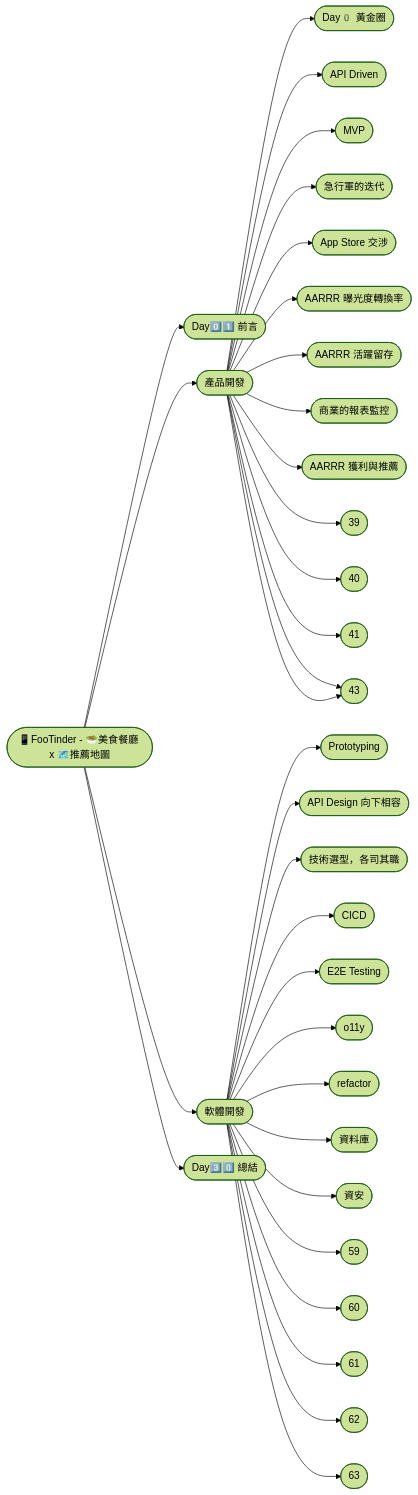
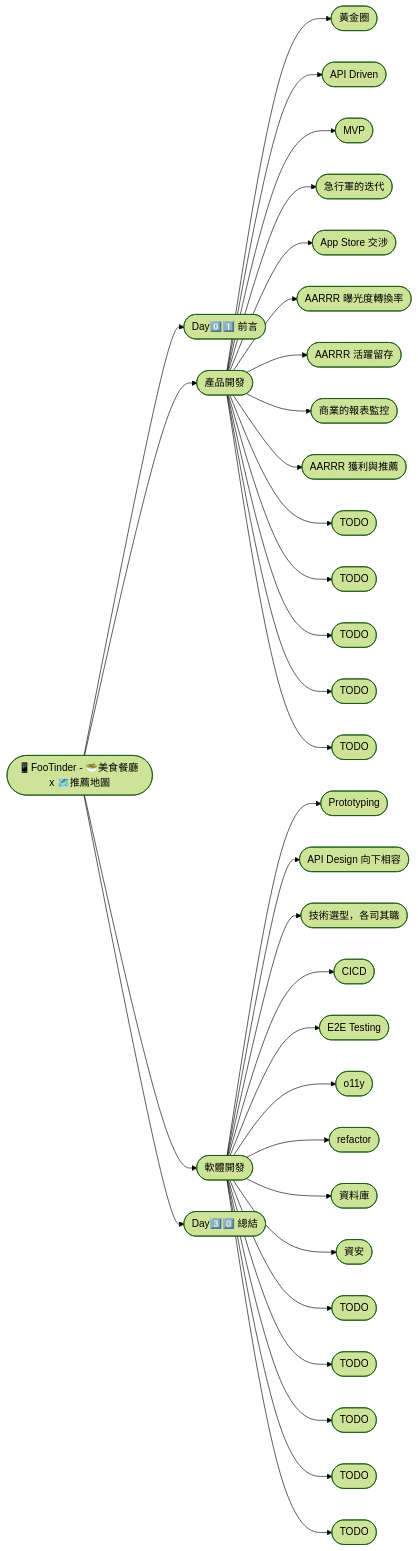
Before and after one commit to PureFuncInc/FooTinder-iThome-2023: the diagram in README.md, drawn with Mermaid (forest theme).

Commit message:
🆒 Update README.md

````diff
--- a/README.md
+++ b/README.md
@@ -4,35 +4,35 @@
 ```mermaid
 graph LR;
-id1(["📱FooTinder - 🥗美食餐廳 x 🗺️推薦地圖"])-->id2(["Day0️⃣1️⃣ 前言"]);
-id1(["📱FooTinder - 🥗美食餐廳 x 🗺️推薦地圖"])-->id3(["產品開發"]);
-id3(["產品開發"])-->id30(["Day0️ 黃金圈"])
-id3(["產品開發"])-->id31(["API Driven"])
-id3(["產品開發"])-->id32(["MVP"])
-id3(["產品開發"])-->id33(["急行軍的迭代"])
-id3(["產品開發"])-->id34(["App Store 交涉"])
-id3(["產品開發"])-->id35(["AARRR 曝光度轉換率"])
-id3(["產品開發"])-->id36(["AARRR 活躍留存"])
-id3(["產品開發"])-->id37(["商業的報表監控"])
-id3(["產品開發"])-->id38(["AARRR 獲利與推薦"])
-id3(["產品開發"])-->id39(["39"])
-id3(["產品開發"])-->id40(["40"])
-id3(["產品開發"])-->id41(["41"])
-id3(["產品開發"])-->id42(["42"])
-id3(["產品開發"])-->id42(["43"])
-id1(["📱FooTinder - 🥗美食餐廳 x 🗺️推薦地圖"])-->id5(["軟體開發"]);
-id5(["軟體開發"])-->id50(["Prototyping"])
-id5(["軟體開發"])-->id51(["API Design 向下相容"])
-id5(["軟體開發"])-->id52(["技術選型，各司其職"])
-id5(["軟體開發"])-->id53(["CICD"])
-id5(["軟體開發"])-->id54(["E2E Testing"])
-id5(["軟體開發"])-->id55(["o11y"])
-id5(["軟體開發"])-->id56(["refactor"])
-id5(["軟體開發"])-->id57(["資料庫"])
-id5(["軟體開發"])-->id58(["資安"])
-id5(["軟體開發"])-->id59(["59"])
-id5(["軟體開發"])-->id60(["60"])
-id5(["軟體開發"])-->id61(["61"])
-id5(["軟體開發"])-->id62(["62"])
-id5(["軟體開發"])-->id63(["63"])
-id1(["📱FooTinder - 🥗美食餐廳 x 🗺️推薦地圖"])-->id99(["Day3️⃣0️⃣ 總結"]);
+id0(["📱FooTinder - 🥗美食餐廳 x 🗺️推薦地圖"])-->id1(["Day0️⃣1️⃣ 前言"]);
+id0(["📱FooTinder - 🥗美食餐廳 x 🗺️推薦地圖"])-->id200(["產品開發"]);
+id200(["產品開發"])-->id2(["黃金圈"])
+id200(["產品開發"])-->id4(["API Driven"])
+id200(["產品開發"])-->id6(["MVP"])
+id200(["產品開發"])-->id8(["急行軍的迭代"])
+id200(["產品開發"])-->id10(["App Store 交涉"])
+id200(["產品開發"])-->id12(["AARRR 曝光度轉換率"])
+id200(["產品開發"])-->id14(["AARRR 活躍留存"])
+id200(["產品開發"])-->id16(["商業的報表監控"])
+id200(["產品開發"])-->id18(["AARRR 獲利與推薦"])
+id200(["產品開發"])-->id20(["TODO"])
+id200(["產品開發"])-->id22(["TODO"])
+id200(["產品開發"])-->id24(["TODO"])
+id200(["產品開發"])-->id26(["TODO"])
+id200(["產品開發"])-->id28(["TODO"])
+id0(["📱FooTinder - 🥗美食餐廳 x 🗺️推薦地圖"])-->id300(["軟體開發"]);
+id300(["軟體開發"])-->id3(["Prototyping"])
+id300(["軟體開發"])-->id5(["API Design 向下相容"])
+id300(["軟體開發"])-->id7(["技術選型，各司其職"])
+id300(["軟體開發"])-->id9(["CICD"])
+id300(["軟體開發"])-->id11(["E2E Testing"])
+id300(["軟體開發"])-->id13(["o11y"])
+id300(["軟體開發"])-->id15(["refactor"])
+id300(["軟體開發"])-->id17(["資料庫"])
+id300(["軟體開發"])-->id19(["資安"])
+id300(["軟體開發"])-->id21(["TODO"])
+id300(["軟體開發"])-->id23(["TODO"])
+id300(["軟體開發"])-->id25(["TODO"])
+id300(["軟體開發"])-->id27(["TODO"])
+id300(["軟體開發"])-->id29(["TODO"])
+id0(["📱FooTinder - 🥗美食餐廳 x 🗺️推薦地圖"])-->id30(["Day3️⃣0️⃣ 總結"]);
 ```
````
